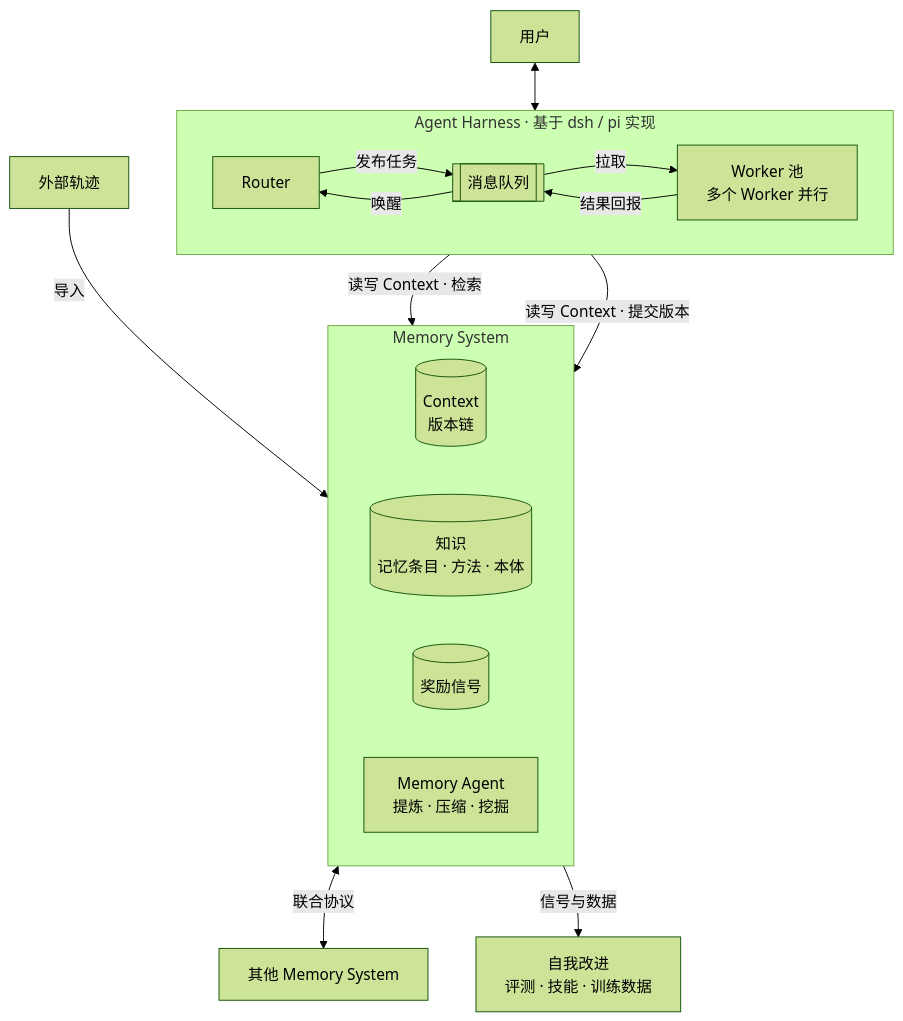
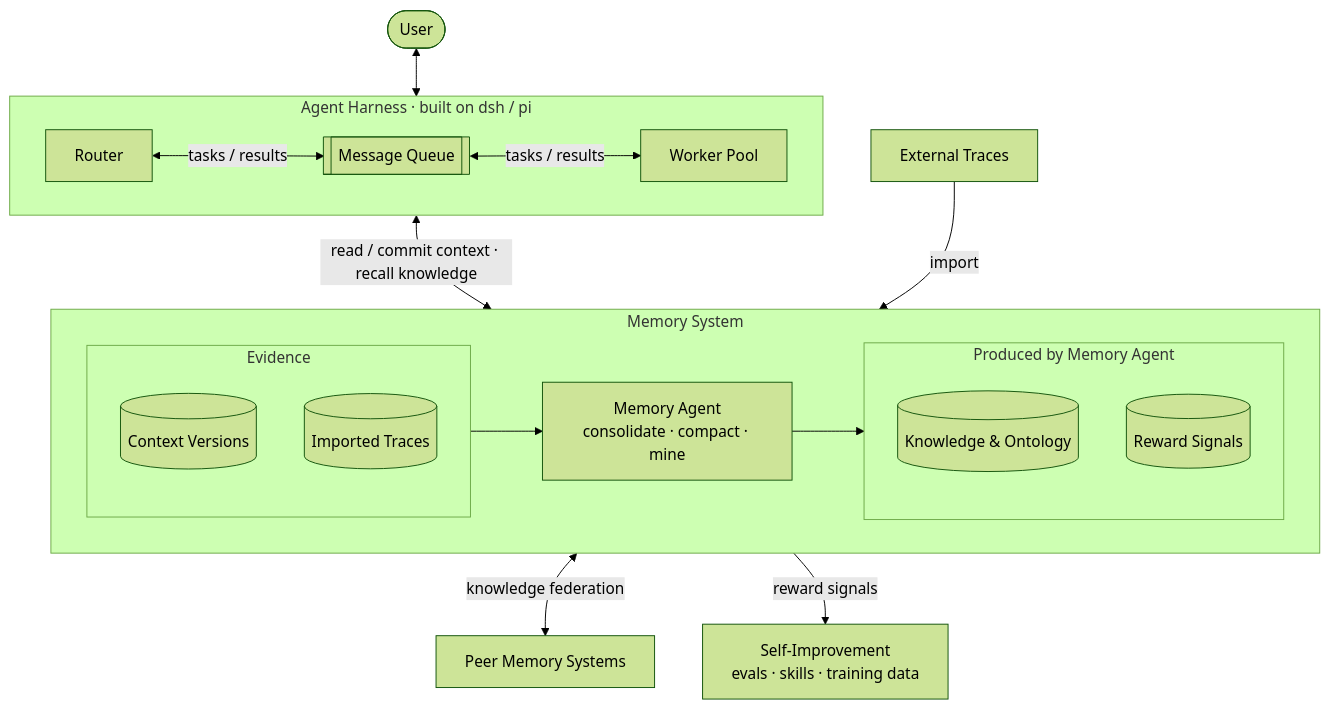
The diagram in docs/vision.md (langsfang/ga), drawn with Mermaid (forest theme) before and after one commit.

Commit message:
docs: 架构图改为英文并调整布局
- Agent Harness 改为扁平的单行框：Router、Message Queue、Worker Pool
- Memory System 内按数据流排列：Evidence → Memory Agent → Knowledge & Ontology / Reward Signals
- 外部连线统一连到子图整体，避免破坏子图内的横向布局

````diff
--- a/docs/vision.md
+++ b/docs/vision.md
@@ -38,27 +38,29 @@
 ```mermaid
 flowchart TB
-    U[用户] <--> R
+    U([User]) <--> H
 
-    subgraph H[Agent Harness · 基于 dsh / pi 实现]
+    subgraph H[Agent Harness · built on dsh / pi]
         direction LR
-        R[Router] -->|发布任务| Q[[消息队列]]
-        Q -->|拉取| W[Worker 池<br/>多个 Worker 并行]
-        W -->|结果回报| Q
-        Q -->|唤醒| R
+        R[Router] <-->|tasks / results| Q[[Message Queue]] <-->|tasks / results| W[Worker Pool]
     end
 
-    R -->|读写 Context · 检索| M
-    W -->|读写 Context · 提交版本| M
+    H <-->|read / commit context · recall knowledge| M
 
     subgraph M[Memory System]
         direction LR
-        C[(Context<br/>版本链)]
-        K[(知识<br/>记忆条目 · 方法 · 本体)]
-        S[(奖励信号)]
-        MA[Memory Agent<br/>提炼 · 压缩 · 挖掘]
+        subgraph EV[Evidence]
+            C[(Context Versions)]
+            TR[(Imported Traces)]
+        end
+        MA[Memory Agent<br/>consolidate · compact · mine]
+        subgraph OUT[Produced by Memory Agent]
+            K[(Knowledge & Ontology)]
+            S[(Reward Signals)]
+        end
+        EV --> MA --> OUT
     end
 
-    T[外部轨迹] -->|导入| M
-    M <-->|联合协议| F[其他 Memory System]
-    M -->|信号与数据| I[自我改进<br/>评测 · 技能 · 训练数据]
+    X[External Traces] -->|import| M
+    M <-->|knowledge federation| F[Peer Memory Systems]
+    M -->|reward signals| I[Self-Improvement<br/>evals · skills · training data]
 ```
````
